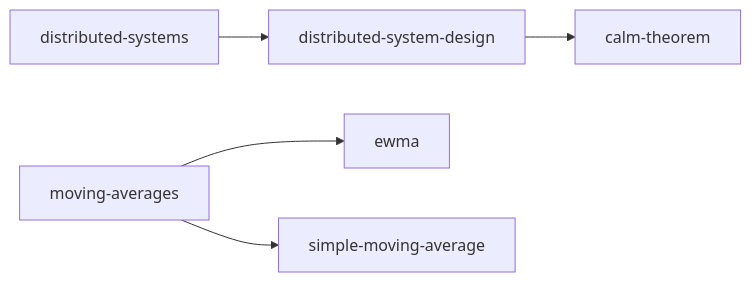
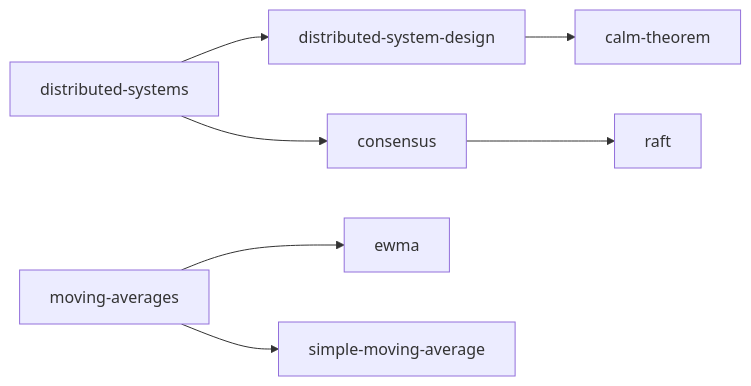
The diagram in sllmwiki/.SLLMWIKI_INDICES.md (mengjiasun1992/sllmwiki-demo), drawn with Mermaid before and after one commit. The commit also changed other lines of this file and 12 other files, not shown here.

````diff
--- a/sllmwiki/.SLLMWIKI_INDICES.md
+++ b/sllmwiki/.SLLMWIKI_INDICES.md
@@ -7,19 +7,25 @@
 ```mermaid
 graph LR
     t0["distributed-systems"]
     t1["distributed-system-design"]
     t2["calm-theorem"]
-    t3["moving-averages"]
-    t4["ewma"]
-    t5["simple-moving-average"]
+    t3["consensus"]
+    t4["raft"]
+    t5["moving-averages"]
+    t6["ewma"]
+    t7["simple-moving-average"]
     t0 --> t1
     t1 --> t2
+    t0 --> t3
     t3 --> t4
-    t3 --> t5
+    t5 --> t6
+    t5 --> t7
     click t0 "tags/distributed-systems.md"
     click t1 "tags/distributed-system-design.md"
     click t2 "tags/calm-theorem.md"
-    click t3 "tags/moving-averages.md"
-    click t4 "tags/ewma.md"
-    click t5 "tags/simple-moving-average.md"
+    click t3 "tags/consensus.md"
+    click t4 "tags/raft.md"
+    click t5 "tags/moving-averages.md"
+    click t6 "tags/ewma.md"
+    click t7 "tags/simple-moving-average.md"
 ```
````
